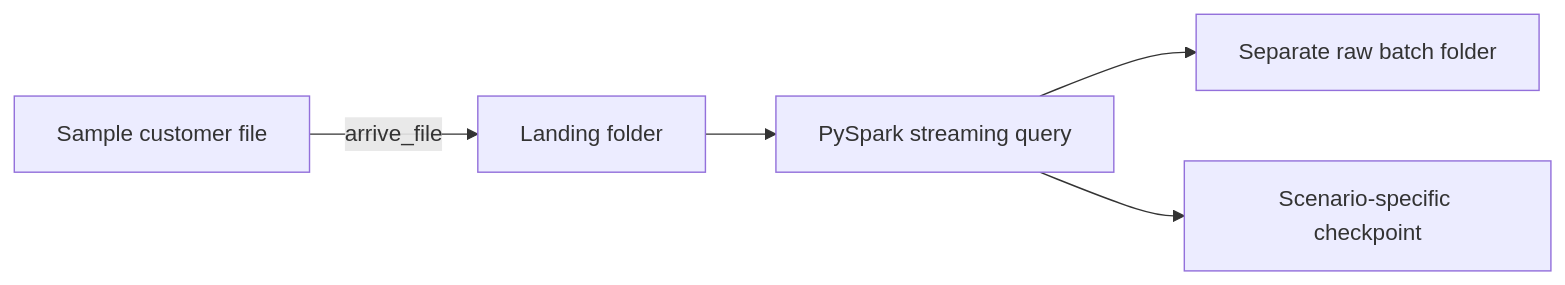
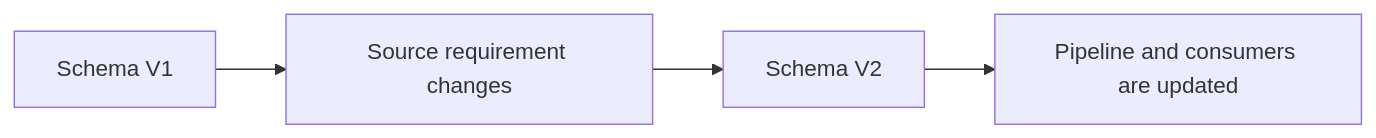
Before and after one commit to tg117official/databricks-hands-on-tg117-pst: the second of 15 diagrams in 03_file_based_ingestion/session_4/customer_schema_evolution/customer_schema_evolution_notes.md, drawn with Mermaid. The commit also changed other lines of this file and 4 other files, not shown here.

Commit message:
added schema evolution scenarios problem solution approach

````diff
--- a/03_file_based_ingestion/session_4/customer_schema_evolution/customer_schema_evolution_notes.md
+++ b/03_file_based_ingestion/session_4/customer_schema_evolution/customer_schema_evolution_notes.md
@@ -249,7 +48,6 @@
 ```mermaid
 flowchart LR
-    A[Sample customer file] -->|arrive_file| B[Landing folder]
-    B --> C[PySpark streaming query]
-    C --> D[Separate raw batch folder]
-    C --> E[Scenario-specific checkpoint]
+    A[Schema V1] --> B[Source requirement changes]
+    B --> C[Schema V2]
+    C --> D[Pipeline and consumers are updated]
 ```
````
